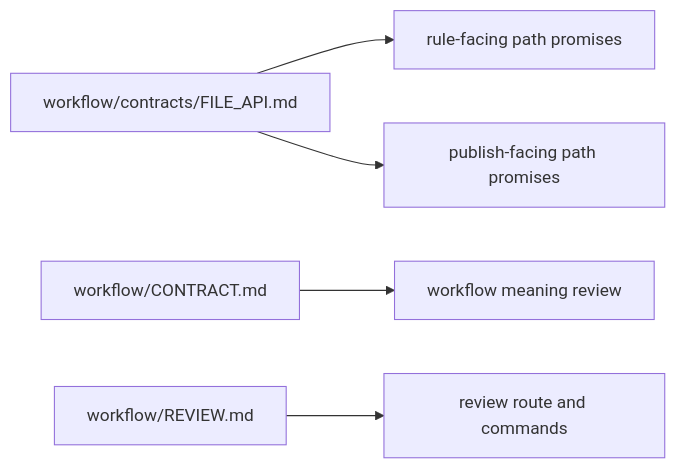
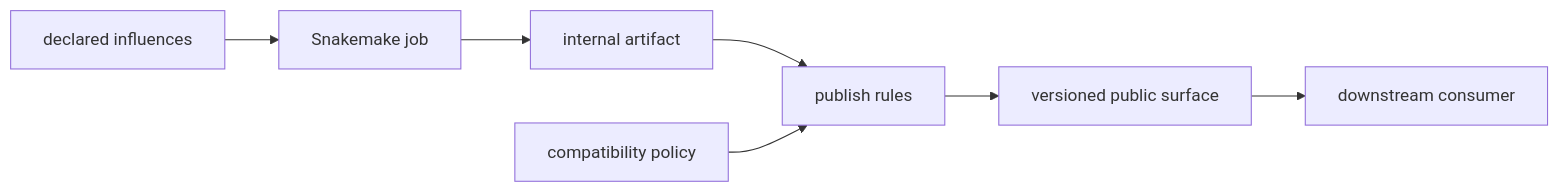
Before and after one commit to bijux/bijux-masterclass: the diagram in programs/reproducible-research/deep-dive-snakemake/course-book/module-07-workflow-architecture-file-apis/file-apis-public-paths-and-contract-docs.md, drawn with Mermaid. The commit also changed other lines of this file, not shown here.

Commit message:
docs(snakemake): build file api reasoning from consumers

````diff
--- a/programs/reproducible-research/deep-dive-snakemake/course-book/module-07-workflow-architecture-file-apis/file-apis-public-paths-and-contract-docs.md
+++ b/programs/reproducible-research/deep-dive-snakemake/course-book/module-07-workflow-architecture-file-apis/file-apis-public-paths-and-contract-docs.md
@@ -76,7 +54,9 @@
 ```mermaid
 flowchart LR
-  workflow_api["workflow/contracts/FILE_API.md"] --> internal["rule-facing path promises"]
-  workflow_api --> publish["publish-facing path promises"]
-  contract["workflow/CONTRACT.md"] --> meaning["workflow meaning review"]
-  review["workflow/REVIEW.md"] --> evidence["review route and commands"]
+  influences["declared influences"] --> job["Snakemake job"]
+  job --> internal["internal artifact"]
+  internal --> promotion["publish rules"]
+  policy["compatibility policy"] --> promotion
+  promotion --> public["versioned public surface"]
+  public --> consumer["downstream consumer"]
 ```
````
